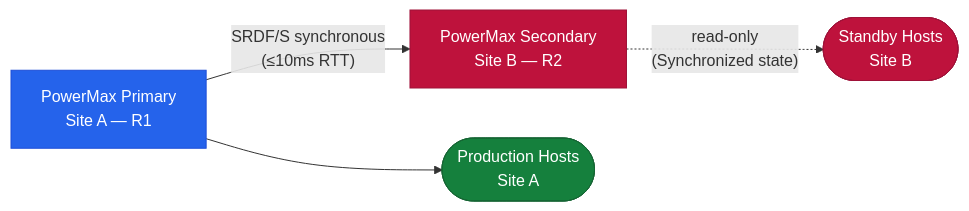
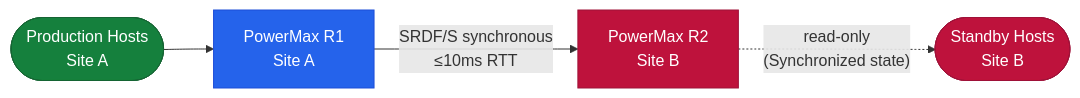
Before and after one commit to canast01/chris-kb: the diagram in docs/disaster-recovery/srdf-s/architecture/index.md, drawn with Mermaid. The commit also changed other lines of this file and 57 other files, not shown here.

````diff
--- a/docs/disaster-recovery/srdf-s/architecture/index.md
+++ b/docs/disaster-recovery/srdf-s/architecture/index.md
@@ -16,13 +20,13 @@
 ```mermaid
 graph LR
-  PM_A["PowerMax Primary\nSite A — R1"] -->|"SRDF/S synchronous\n(≤10ms RTT)"| PM_B["PowerMax Secondary\nSite B — R2"]
-  PM_A --> HA(["Production Hosts\nSite A"])
+  HA(["Production Hosts\nSite A"]) --> PM_A["PowerMax R1\nSite A"]
+  PM_A -->|"SRDF/S synchronous\n≤10ms RTT"| PM_B["PowerMax R2\nSite B"]
   PM_B -.->|"read-only\n(Synchronized state)"| HB(["Standby Hosts\nSite B"])
   classDef ctrl fill:#2563eb,stroke:#1d4ed8,color:#fff
   classDef dr fill:#be123c,stroke:#9f1239,color:#fff
   classDef host fill:#15803d,stroke:#166534,color:#fff
   class PM_A ctrl
   class PM_B dr
   class HA host
   class HB dr
 ```
````
